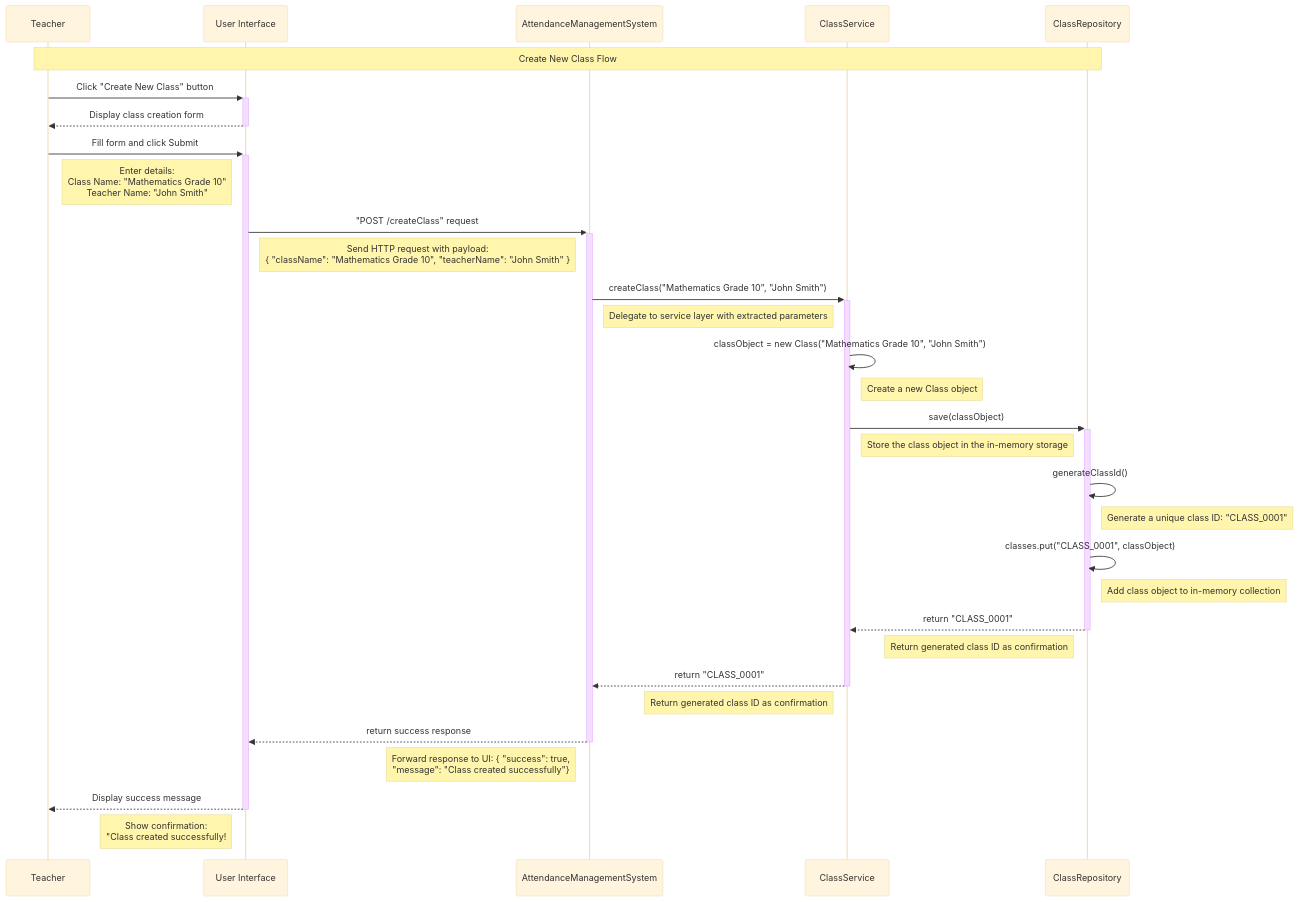
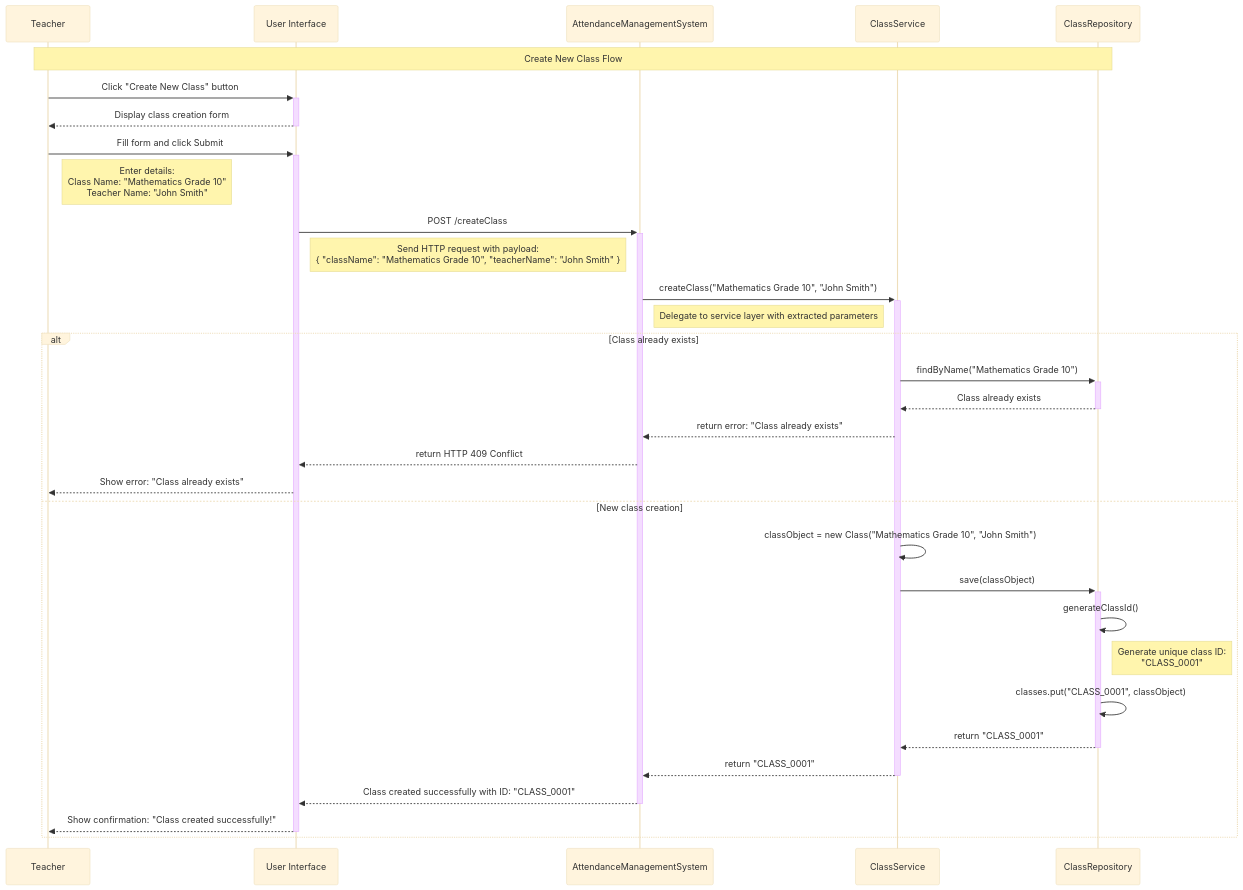
Before and after one commit to NishchayAnand/software-engineering: the diagram in Backend Engineering/Case Studies/Case Study 1. Attendance Management System/2. Sequence Flow.md, drawn with Mermaid (base theme).

Commit message:
minor modification in the create class sequence diagram

````diff
--- a/Backend Engineering/Case Studies/Case Study 1. Attendance Management System/2. Sequence Flow.md
+++ b/Backend Engineering/Case Studies/Case Study 1. Attendance Management System/2. Sequence Flow.md
@@ -13,46 +13,40 @@
 ```mermaid
 sequenceDiagram
 	participant T as Teacher
 	participant UI as User Interface
 	participant AMS as AttendanceManagementSystem
 	participant CS as ClassService
 	participant CR as ClassRepository
 
 	Note over T,CR: Create New Class Flow
 
 	T->>+UI: Click "Create New Class" button
 	UI-->>-T: Display class creation form
 
 	T->>+UI: Fill form and click Submit
 	Note right of T: Enter details:<br/>Class Name: "Mathematics Grade 10"<br/>Teacher Name: "John Smith"
-  
-	UI->>+AMS: "POST /createClass" request
-	Note right of UI: Send HTTP request with payload: <br/>{ "className": "Mathematics Grade 10", "teacherName": "John Smith" }
+
+	UI->>+AMS: POST /createClass
+	Note right of UI: Send HTTP request with payload:<br/>{ "className": "Mathematics Grade 10", "teacherName": "John Smith" }
 
 	AMS->>+CS: createClass("Mathematics Grade 10", "John Smith")
 	Note right of AMS: Delegate to service layer with extracted parameters
 
-	CS->>CS: classObject = new Class("Mathematics Grade 10", "John Smith")
-	Note right of CS: Create a new Class object
-
-	CS->>+CR: save(classObject)
-	Note right of CS: Store the class object in the in-memory storage
-
-	CR->>CR: generateClassId()
-	Note right of CR: Generate a unique class ID: "CLASS_0001"
-	
-	CR->>CR: classes.put("CLASS_0001", classObject)
-	Note right of CR: Add class object to in-memory collection
-
-	CR-->>-CS: return "CLASS_0001"
-	Note left of CR: Return generated class ID as confirmation
-
-	CS-->>-AMS: return "CLASS_0001"
-	Note left of CS: Return generated class ID as confirmation
-
-	AMS-->>-UI: return success response
-	Note left of AMS: Forward response to UI: { "success": true, <br/> "message": "Class created successfully"}
-
-	UI-->>-T: Display success message
-	Note left of UI: Show confirmation:<br/>"Class created successfully!
+	alt Class already exists
+		CS->>+CR: findByName("Mathematics Grade 10")
+		CR-->>-CS: Class already exists
+		CS-->>AMS: return error: "Class already exists"
+		AMS-->>UI: return HTTP 409 Conflict
+		UI-->>T: Show error: "Class already exists"
+	else New class creation
+		CS->>CS: classObject = new Class("Mathematics Grade 10", "John Smith")
+		CS->>+CR: save(classObject)
+		CR->>CR: generateClassId()
+		Note right of CR: Generate unique class ID: <br/> "CLASS_0001"
+		CR->>CR: classes.put("CLASS_0001", classObject)
+		CR-->>-CS: return "CLASS_0001"
+		CS-->>-AMS: return "CLASS_0001"
+		AMS-->>-UI: Class created successfully with ID: "CLASS_0001"
+		UI-->>-T: Show confirmation: "Class created successfully!"
+	end
 ```
````
